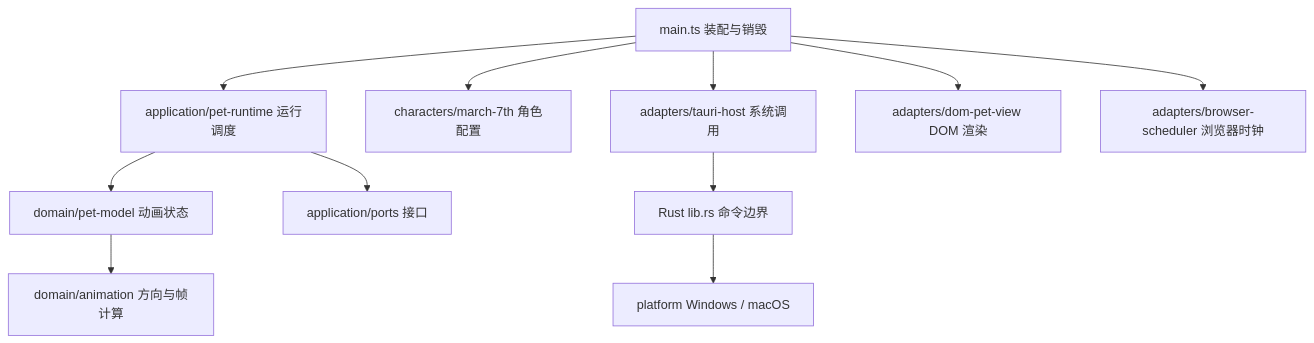
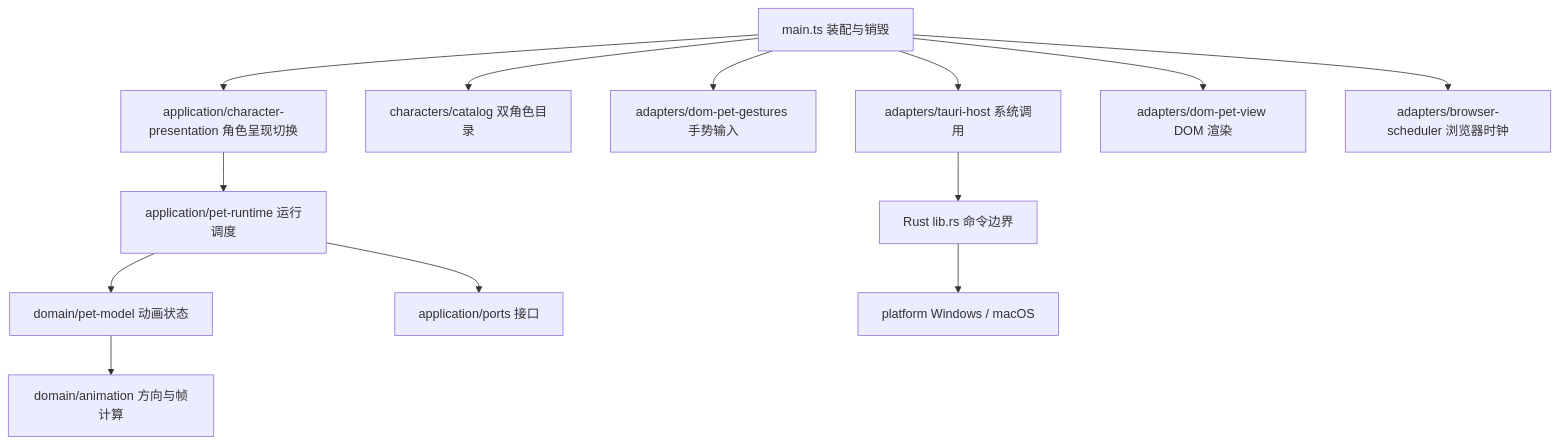
Before and after one commit to szm20060312/march-7th-desktop-pet: the diagram in docs/development/app/ARCHITECTURE.md, drawn with Mermaid. The commit also changed other lines of this file and 24 other files, not shown here.

````diff
--- a/docs/development/app/ARCHITECTURE.md
+++ b/docs/development/app/ARCHITECTURE.md
@@ -15,13 +15,15 @@
 ```mermaid
 flowchart TD
-  Main[main.ts 装配与销毁] --> Runtime[application/pet-runtime 运行调度]
-  Main --> Character[characters/march-7th 角色配置]
+  Main[main.ts 装配与销毁] --> Presentation[application/character-presentation 角色呈现切换]
+  Presentation --> Runtime[application/pet-runtime 运行调度]
+  Main --> Character[characters/catalog 双角色目录]
+  Main --> Gesture[adapters/dom-pet-gestures 手势输入]
   Main --> Host[adapters/tauri-host 系统调用]
   Main --> View[adapters/dom-pet-view DOM 渲染]
   Main --> Scheduler[adapters/browser-scheduler 浏览器时钟]
   Runtime --> Model[domain/pet-model 动画状态]
   Model --> Animation[domain/animation 方向与帧计算]
   Runtime --> Ports[application/ports 接口]
   Host --> Rust[Rust lib.rs 命令边界]
   Rust --> Platform[platform Windows / macOS]
 ```
````
